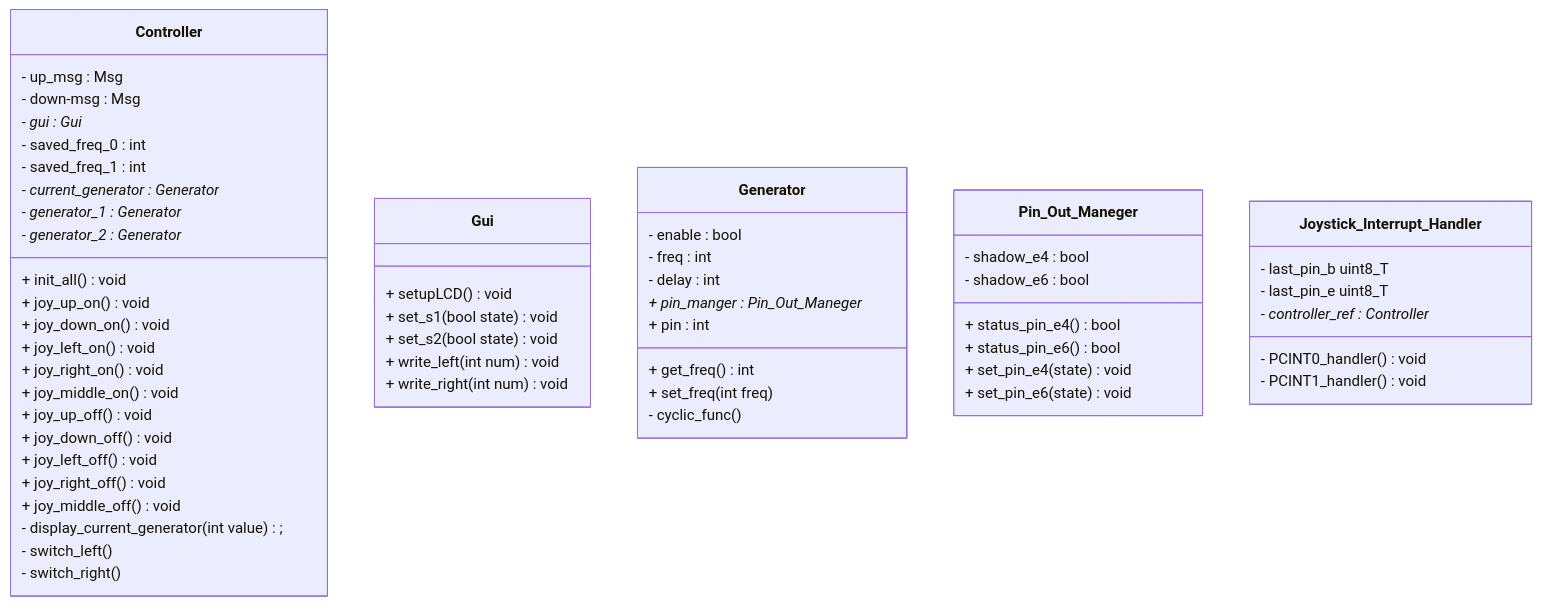
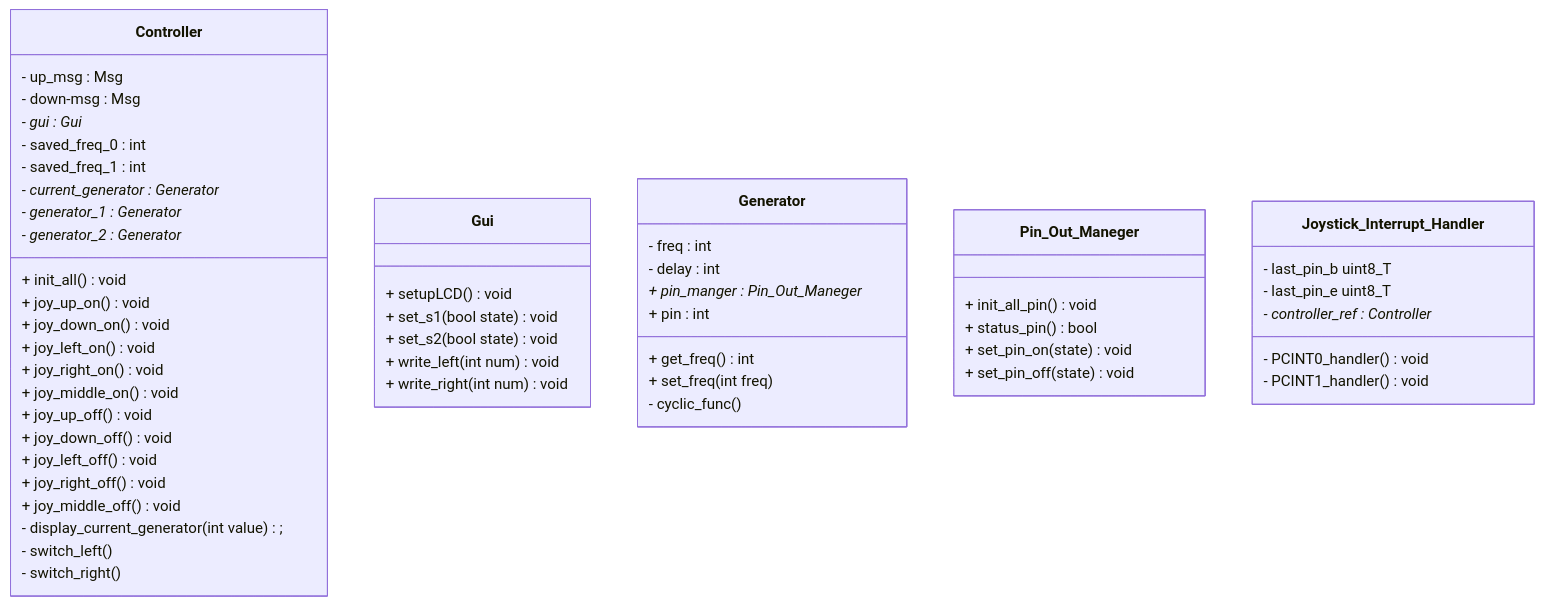
The diagram in readme.md (Spooky-Firefox/d0003e-lab-4), drawn with Mermaid before and after one commit. The commit also changed other lines of this file, not shown here.

Commit message:
updated readmes pin manager explanation

````diff
--- a/readme.md
+++ b/readme.md
@@ -27,70 +27,67 @@
 ```mermaid
 classDiagram
 
     class Controller {
         - up_msg : Msg
         - down-msg : Msg
 
         - gui : Gui*
 
         - saved_freq_0 : int
         - saved_freq_1 : int
 
         - current_generator : Generator*
         - generator_1 : Generator*
         - generator_2 : Generator*
 
         + init_all() void
 
         + joy_up_on() void
         + joy_down_on() void
         + joy_left_on() void
         + joy_right_on() void
         + joy_middle_on() void
         + joy_up_off() void
         + joy_down_off() void
         + joy_left_off() void
         + joy_right_off() void
         + joy_middle_off() void
         - display_current_generator(int value);
         - switch_left()
         - switch_right()
     }
     
     class Gui{
         + setupLCD() void
         + set_s1(bool state) void
         + set_s2(bool state) void
         + write_left(int num) void
         + write_right(int num) void
     }
 
     class Generator {
-        - enable : bool
         - freq : int
         - delay : int
         + pin_manger : Pin_Out_Maneger*
         + pin : int
 
         + get_freq() int
         + set_freq(int freq)
         - cyclic_func()
     }
 
     class Pin_Out_Maneger {
-        - shadow_e4 : bool
-        - shadow_e6 : bool
-        + status_pin_e4() bool
-        + status_pin_e6() bool
-        + set_pin_e4(state) void
-        + set_pin_e6(state) void
+        + init_all_pin() void
+        + status_pin() bool
+        + set_pin_on(state) void
+        + set_pin_off(state) void
     }
 
     class Joystick_Interrupt_Handler {
         - last_pin_b uint8_T
         - last_pin_e uint8_T
         - controller_ref : Controller*
         - PCINT0_handler() void
         - PCINT1_handler() void
     }
 ```
````
